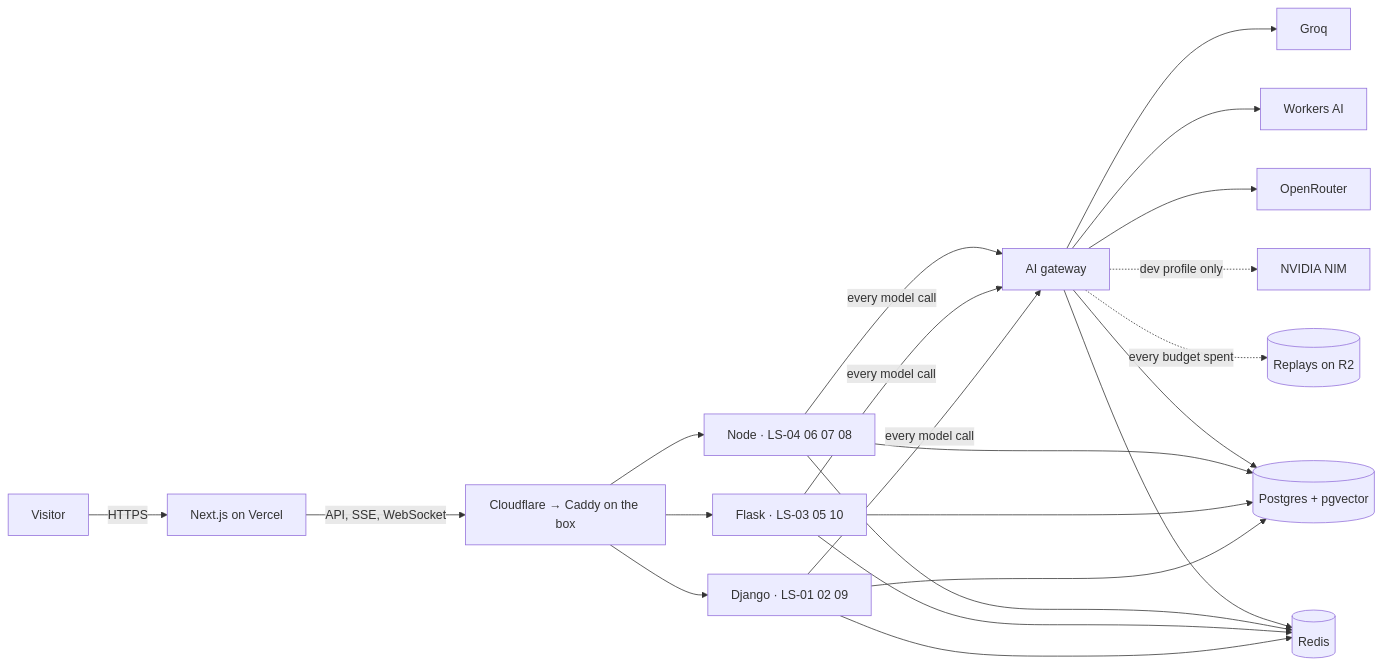
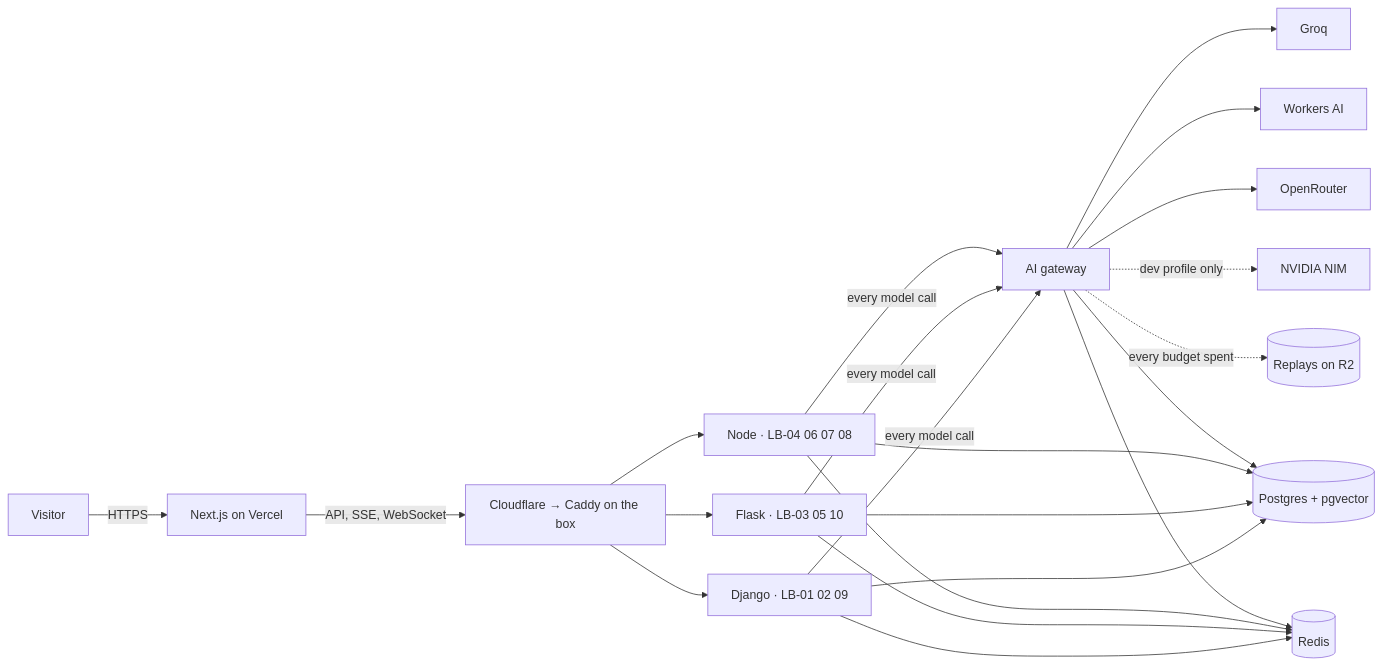
The diagram in docs/STACK.md (Landry12-BAS/Portfolio), drawn with Mermaid before and after one commit. The commit also changed other lines of this file and 6 other files, not shown here.

````diff
--- a/docs/STACK.md
+++ b/docs/STACK.md
@@ -46,16 +46,16 @@
 ```mermaid
 flowchart LR
   V[Visitor] -->|HTTPS| W[Next.js on Vercel]
   W -->|API, SSE, WebSocket| C[Cloudflare → Caddy on the box]
-  C --> DJ[Django · LS-01 02 09]
-  C --> FL[Flask · LS-03 05 10]
-  C --> ND[Node · LS-04 06 07 08]
+  C --> DJ[Django · LB-01 02 09]
+  C --> FL[Flask · LB-03 05 10]
+  C --> ND[Node · LB-04 06 07 08]
   DJ & FL & ND -->|every model call| GW[AI gateway]
   GW --> GQ[Groq]
   GW --> CF[Workers AI]
   GW --> OR[OpenRouter]
   GW -.->|dev profile only| NV[NVIDIA NIM]
   GW -.->|every budget spent| RP[(Replays on R2)]
   DJ & FL & ND & GW --> PG[(Postgres + pgvector)]
   DJ & FL & ND & GW --> RD[(Redis)]
 ```
````
